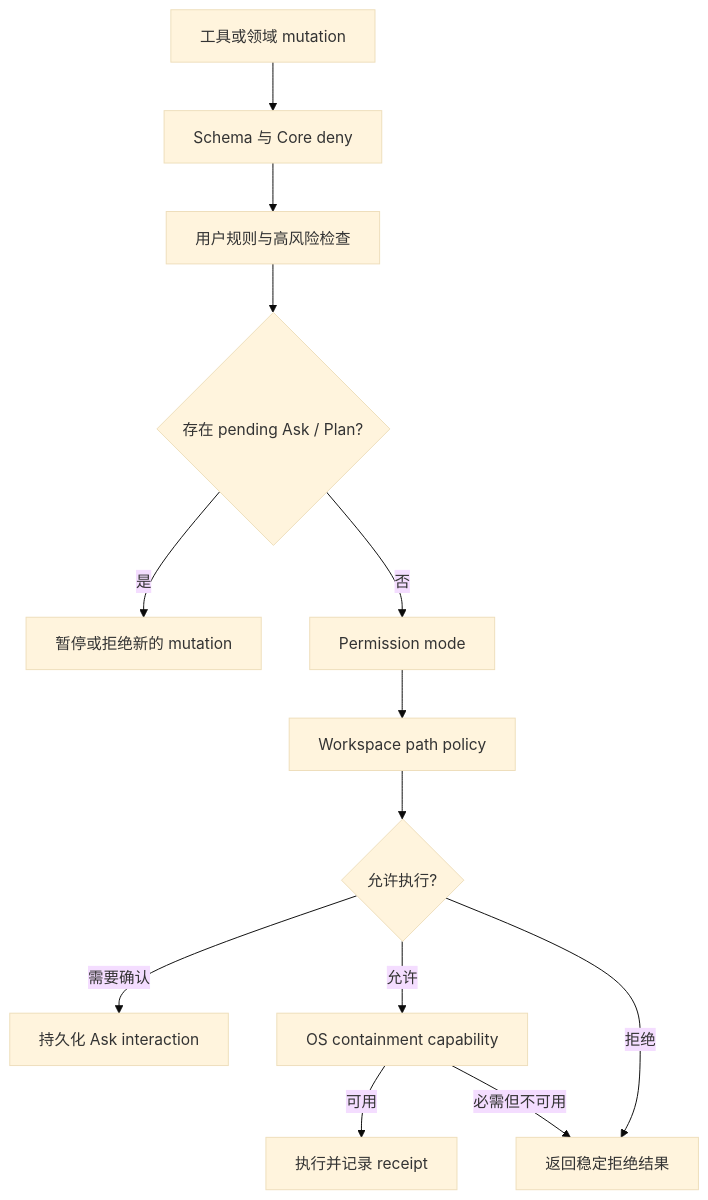
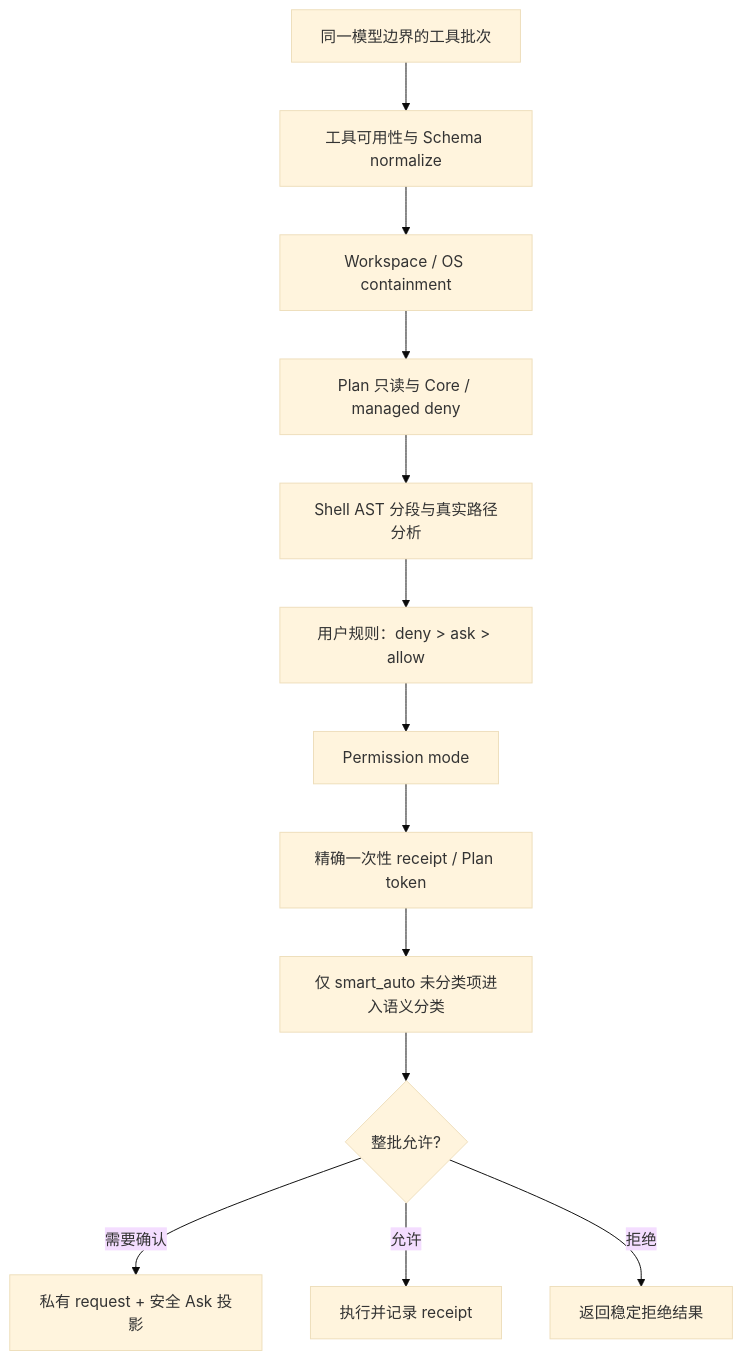
Before and after one commit to TheSyart/emperor-agent: the diagram in docs/architecture/control-and-permissions.md, drawn with Mermaid (base theme). The commit also changed other lines of this file and 98 other files, not shown here.

Commit message:
feat: overhaul agent controls and chat flow

````diff
--- a/docs/architecture/control-and-permissions.md
+++ b/docs/architecture/control-and-permissions.md
@@ -22,15 +22,15 @@
 ```mermaid
 flowchart TD
-  Request["工具或领域 mutation"] --> Schema["Schema 与 Core deny"]
-  Schema --> Rules["用户规则与高风险检查"]
-  Rules --> Pending{"存在 pending Ask / Plan?"}
-  Pending -->|"是"| Block["暂停或拒绝新的 mutation"]
-  Pending -->|"否"| Mode["Permission mode"]
-  Mode --> Workspace["Workspace path policy"]
-  Workspace --> Decision{"允许执行?"}
-  Decision -->|"需要确认"| Ask["持久化 Ask interaction"]
-  Decision -->|"允许"| Containment["OS containment capability"]
-  Containment -->|"可用"| Execute["执行并记录 receipt"]
-  Containment -->|"必需但不可用"| Deny
+  Request["同一模型边界的工具批次"] --> Schema["工具可用性与 Schema normalize"]
+  Schema --> Workspace["Workspace / OS containment"]
+  Workspace --> CoreDeny["Plan 只读与 Core / managed deny"]
+  CoreDeny --> Shell["Shell AST 分段与真实路径分析"]
+  Shell --> Rules["用户规则：deny > ask > allow"]
+  Rules --> Mode["Permission mode"]
+  Mode --> Receipt["精确一次性 receipt / Plan token"]
+  Receipt --> Semantic["仅 smart_auto 未分类项进入语义分类"]
+  Semantic --> Decision{"整批允许?"}
+  Decision -->|"需要确认"| Ask["私有 request + 安全 Ask 投影"]
+  Decision -->|"允许"| Execute["执行并记录 receipt"]
   Decision -->|"拒绝"| Deny["返回稳定拒绝结果"]
 ```
````
